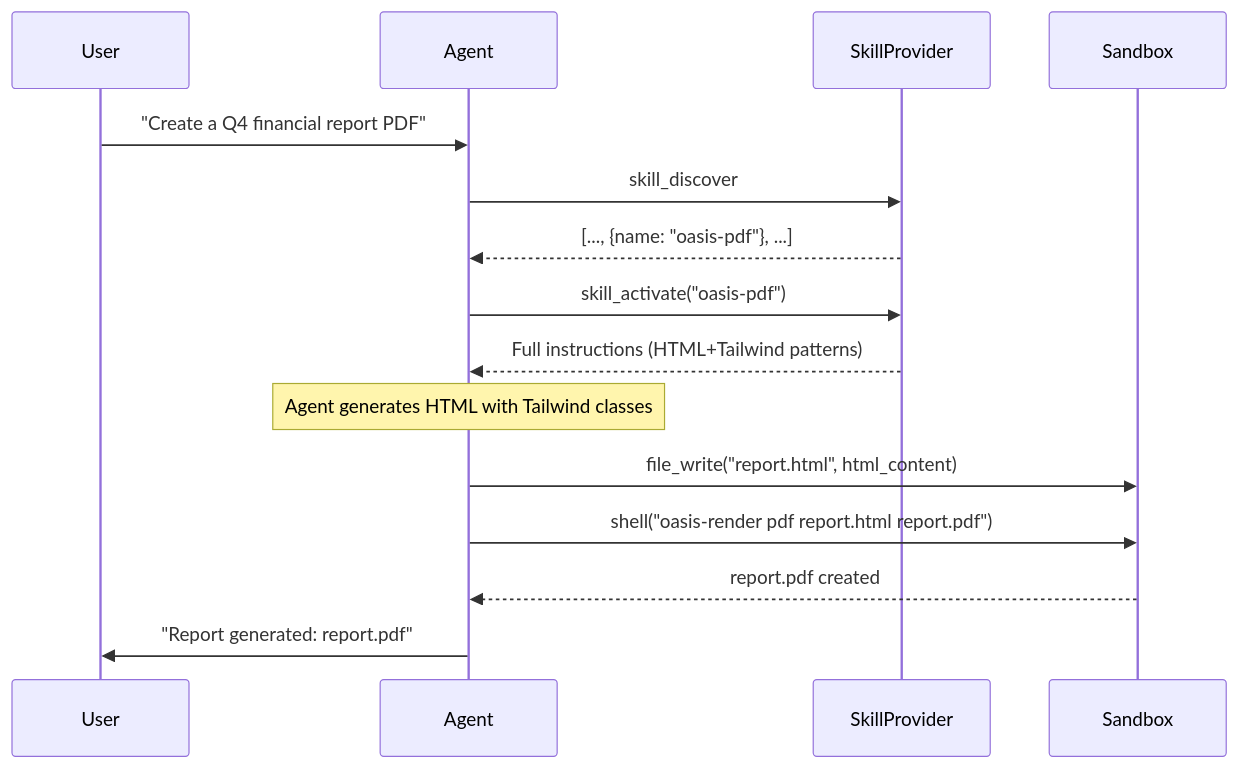
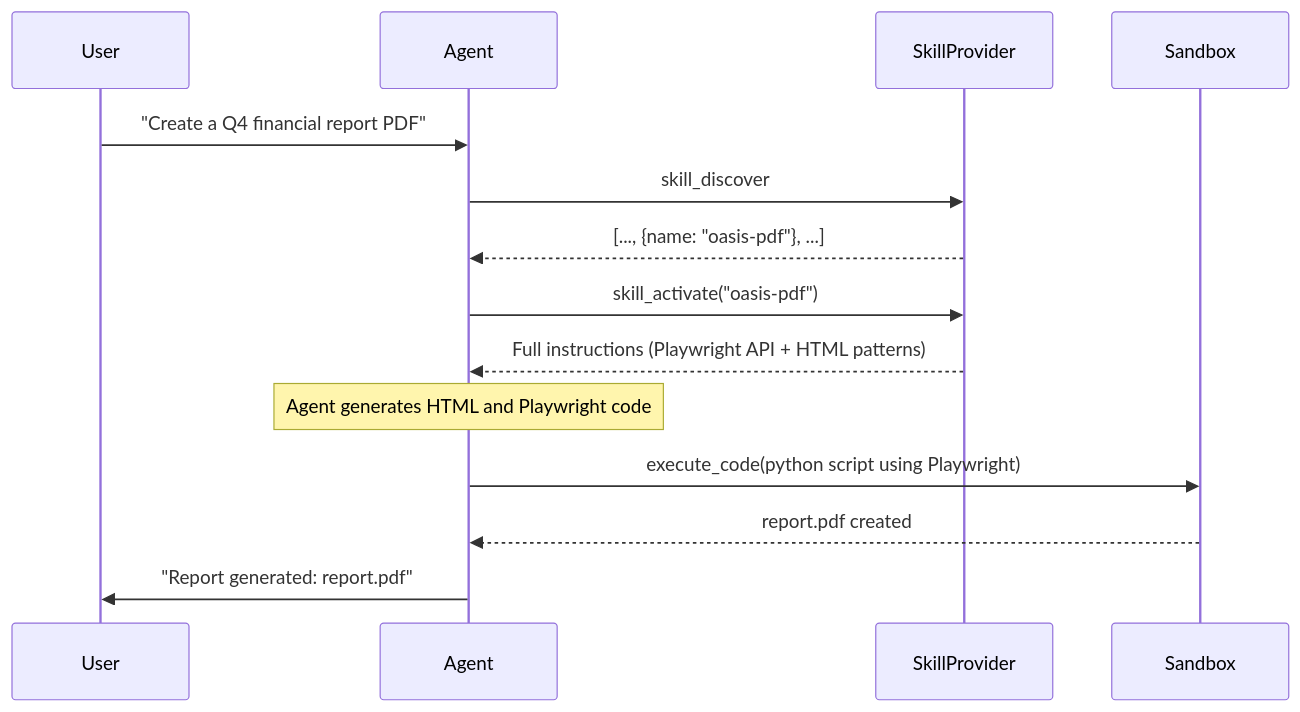
The second of 2 diagrams in docs/concepts/document-generation.md (nevindra/oasis), drawn with Mermaid before and after one commit. The commit also changed other lines of this file and 40 other files, not shown here.

First line of the commit message:
feat!: skill architecture v2 — AgentSkills compatibility, prescriptive skills, remove oasis-render

````diff
--- a/docs/concepts/document-generation.md
+++ b/docs/concepts/document-generation.md
@@ -97,18 +80,17 @@
 ```mermaid
 sequenceDiagram
     participant User
     participant Agent
     participant Skill as SkillProvider
     participant Sandbox
 
     User->>Agent: "Create a Q4 financial report PDF"
     Agent->>Skill: skill_discover
     Skill-->>Agent: [..., {name: "oasis-pdf"}, ...]
     Agent->>Skill: skill_activate("oasis-pdf")
-    Skill-->>Agent: Full instructions (HTML+Tailwind patterns)
-    Note over Agent: Agent generates HTML with Tailwind classes
-    Agent->>Sandbox: file_write("report.html", html_content)
-    Agent->>Sandbox: shell("oasis-render pdf report.html report.pdf")
+    Skill-->>Agent: Full instructions (Playwright API + HTML patterns)
+    Note over Agent: Agent generates HTML and Playwright code
+    Agent->>Sandbox: execute_code(python script using Playwright)
     Sandbox-->>Agent: report.pdf created
     Agent->>User: "Report generated: report.pdf"
 ```
````
